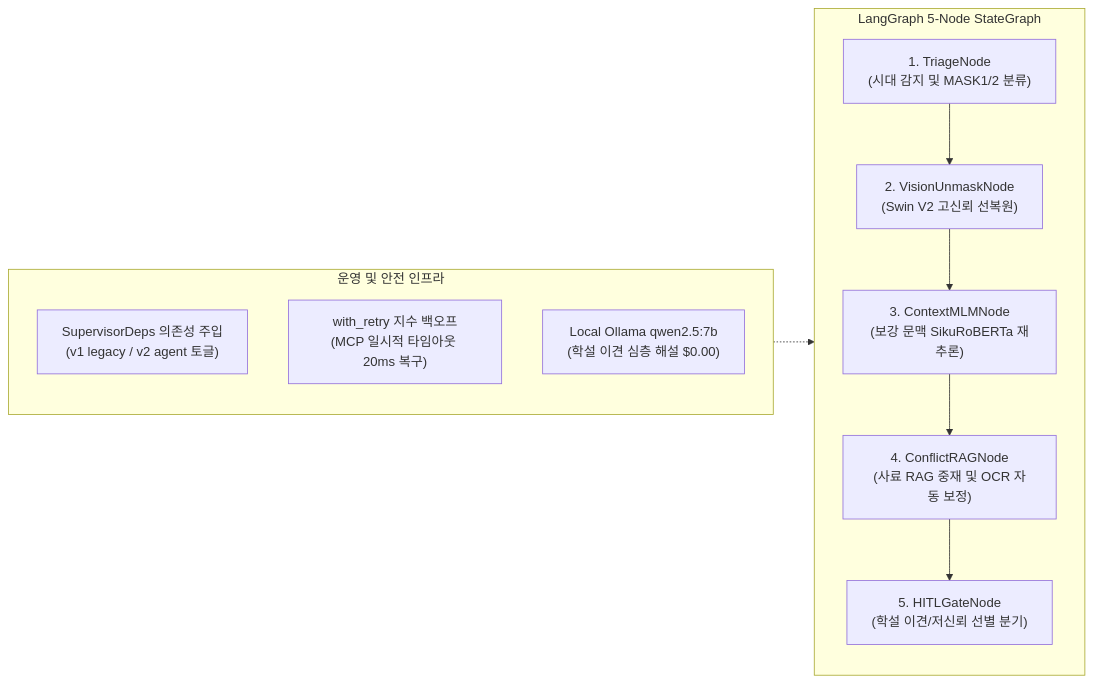
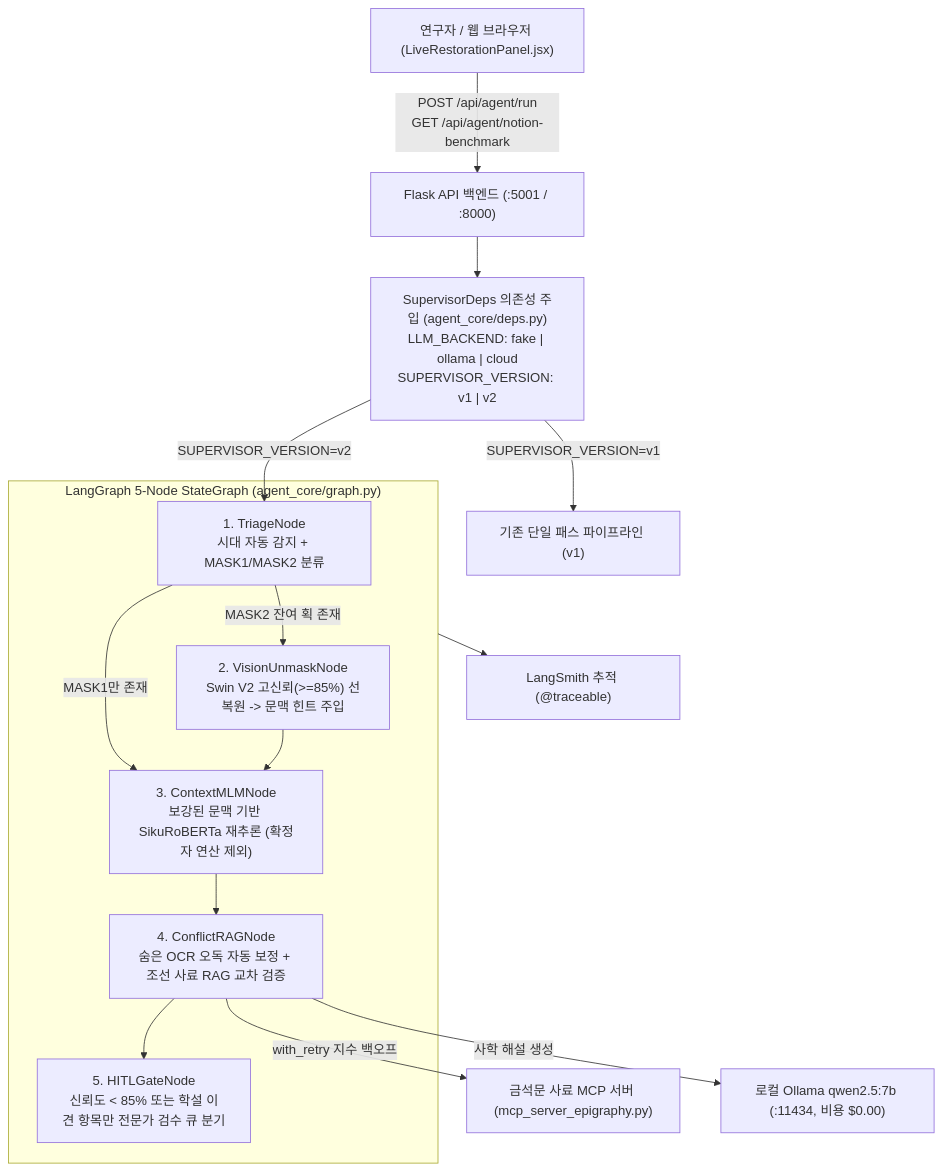
The second of 2 diagrams in README.md (rntqkdl/epitext-ai-agent), drawn with Mermaid before and after one commit. The commit also changed other lines of this file, not shown here.

````diff
--- a/README.md
+++ b/README.md
@@ -120,17 +105,22 @@
 ```mermaid
-flowchart LR
-    subgraph Core["LangGraph 5-Node StateGraph"]
-        N1["1. TriageNode\n(시대 감지 및 MASK1/2 분류)"] --> N2["2. VisionUnmaskNode\n(Swin V2 고신뢰 선복원)"]
-        N2 --> N3["3. ContextMLMNode\n(보강 문맥 SikuRoBERTa 재추론)"]
-        N3 --> N4["4. ConflictRAGNode\n(사료 RAG 중재 및 OCR 자동 보정)"]
-        N4 --> N5["5. HITLGateNode\n(학설 이견/저신뢰 선별 분기)"]
+flowchart TB
+    User["연구자 / 웹 브라우저 (LiveRestorationPanel.jsx)"] -->|"POST /api/agent/run<br/>GET /api/agent/notion-benchmark"| API["Flask API 백엔드 (:5001 / :8000)"]
+
+    API --> Deps["SupervisorDeps 의존성 주입 (agent_core/deps.py)<br/>LLM_BACKEND: fake | ollama | cloud<br/>SUPERVISOR_VERSION: v1 | v2"]
+
+    Deps -- "SUPERVISOR_VERSION=v1" --> V1["기존 단일 패스 파이프라인 (v1)"]
+    Deps -- "SUPERVISOR_VERSION=v2" --> N1
+
+    subgraph LangGraph["LangGraph 5-Node StateGraph (agent_core/graph.py)"]
+        N1["1. TriageNode<br/>시대 자동 감지 + MASK1/MASK2 분류"]
+        N1 -- "MASK2 잔여 획 존재" --> N2["2. VisionUnmaskNode<br/>Swin V2 고신뢰(>=85%) 선복원 -> 문맥 힌트 주입"]
+        N1 -- "MASK1만 존재" --> N3["3. ContextMLMNode<br/>보강된 문맥 기반 SikuRoBERTa 재추론 (확정자 연산 제외)"]
+        N2 --> N3
+        N3 --> N4["4. ConflictRAGNode<br/>숨은 OCR 오독 자동 보정 + 조선 사료 RAG 교차 검증"]
+        N4 --> N5["5. HITLGateNode<br/>신뢰도 < 85% 또는 학설 이견 항목만 전문가 검수 큐 분기"]
     end
 
-    subgraph Infra["운영 및 안전 인프라"]
-        I1["SupervisorDeps 의존성 주입\n(v1 legacy / v2 agent 토글)"]
-        I2["with_retry 지수 백오프\n(MCP 일시적 타임아웃 20ms 복구)"]
-        I3["Local Ollama qwen2.5:7b\n(학설 이견 심층 해설 $0.00)"]
-    end
-
-    Infra -.-> Core
+    N4 -->|"with_retry 지수 백오프"| MCP["금석문 사료 MCP 서버 (mcp_server_epigraphy.py)"]
+    N4 -->|"사학 해설 생성"| Ollama["로컬 Ollama qwen2.5:7b (:11434, 비용 $0.00)"]
+    LangGraph --> Trace["LangSmith 추적 (@traceable)"]
 ```
````
